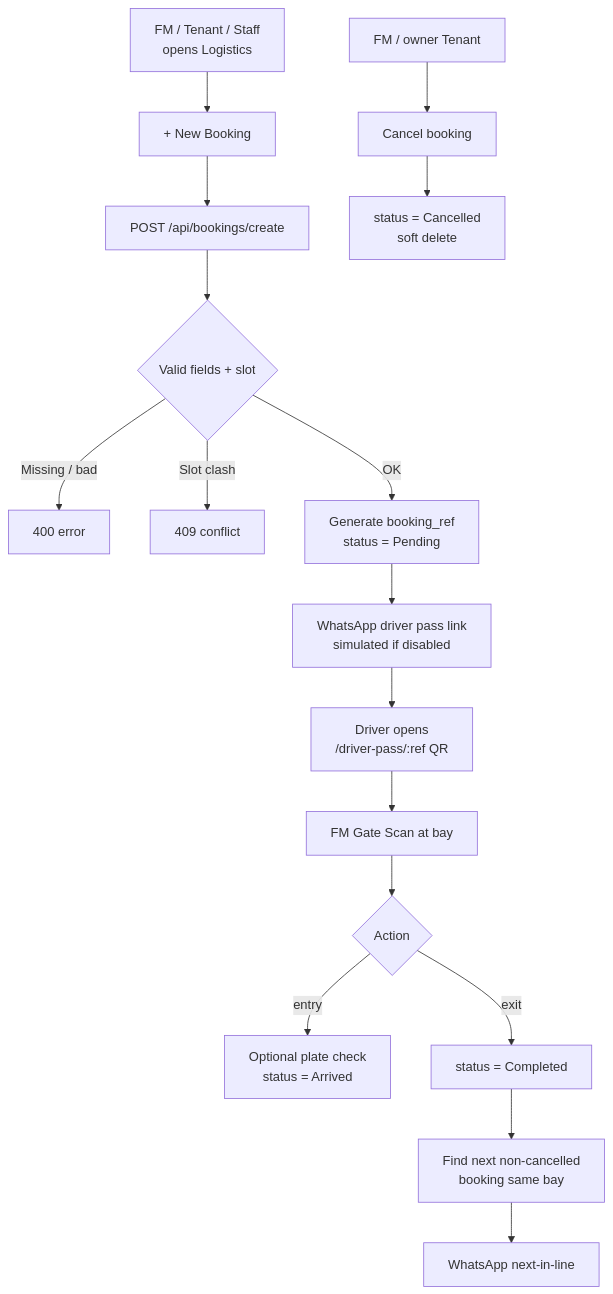
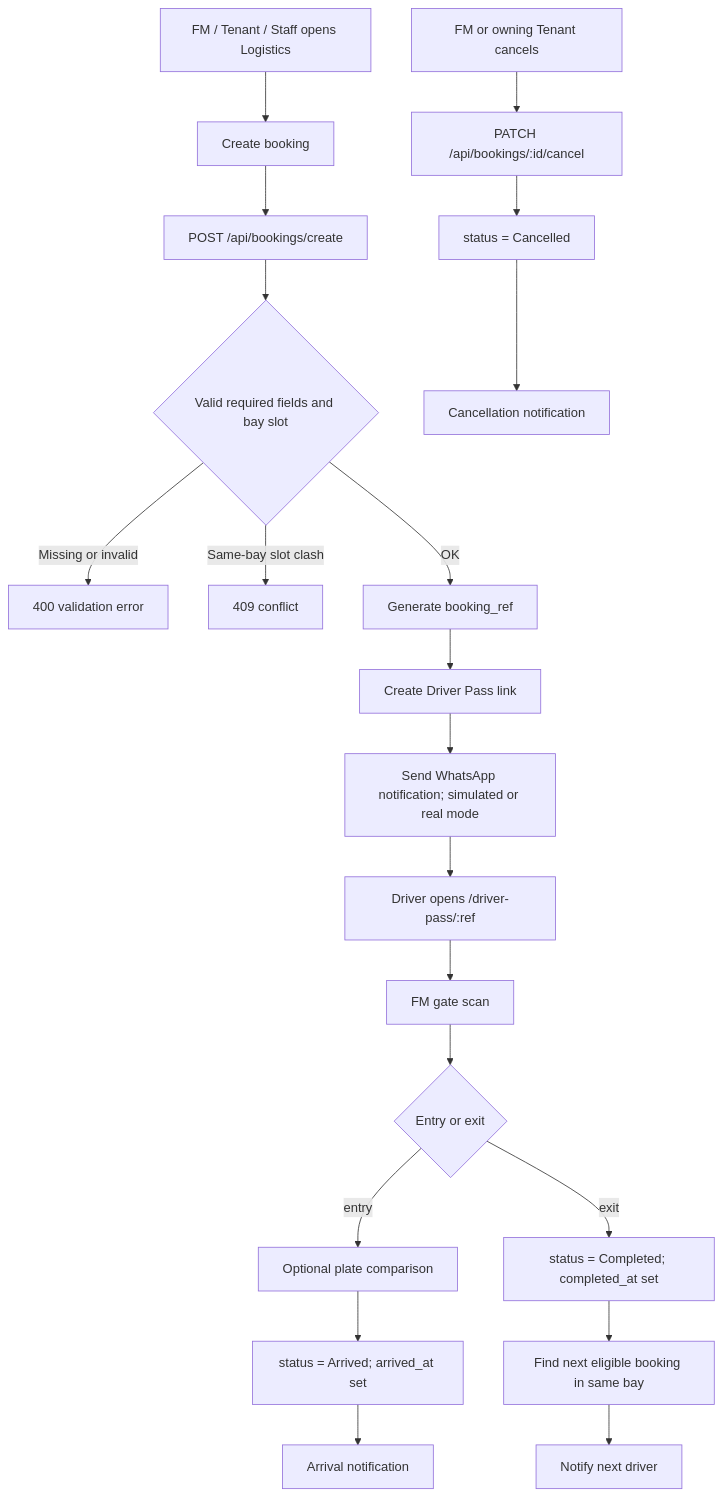
The first of 2 diagrams in design/md/logistics-flow.md (keatkean/FlowGuard), drawn with Mermaid before and after one commit. The commit also changed other lines of this file and 43 other files, not shown here.

Commit message:
docs: align public site and project evidence with FlowGuard PoC

````diff
--- a/design/md/logistics-flow.md
+++ b/design/md/logistics-flow.md
@@ -5,21 +5,23 @@
 ```mermaid
 flowchart TB
-  A[FM / Tenant / Staff<br/>opens Logistics] --> B[+ New Booking]
+  A[FM / Tenant / Staff opens Logistics] --> B[Create booking]
   B --> C[POST /api/bookings/create]
-  C --> D{Valid fields + slot}
-  D -->|Missing / bad| E[400 error]
-  D -->|Slot clash| F[409 conflict]
-  D -->|OK| G[Generate booking_ref<br/>status = Pending]
-  G --> H[WhatsApp driver pass link<br/>simulated if disabled]
-  H --> I[Driver opens<br/>/driver-pass/:ref QR]
-
-  I --> J[FM Gate Scan at bay]
-  J --> K{Action}
-  K -->|entry| L[Optional plate check<br/>status = Arrived]
-  K -->|exit| M[status = Completed]
-  M --> N[Find next non-cancelled<br/>booking same bay]
-  N --> O[WhatsApp next-in-line]
-
-  P[FM / owner Tenant] --> Q[Cancel booking]
-  Q --> R[status = Cancelled<br/>soft delete]
+  C --> D{Valid required fields and bay slot}
+  D -->|Missing or invalid| E[400 validation error]
+  D -->|Same-bay slot clash| F[409 conflict]
+  D -->|OK| G[Generate booking_ref]
+  G --> H[Create Driver Pass link]
+  H --> I[Send WhatsApp notification; simulated or real mode]
+  I --> J[Driver opens /driver-pass/:ref]
+  J --> K[FM gate scan]
+  K --> L{Entry or exit}
+  L -->|entry| M[Optional plate comparison]
+  M --> N[status = Arrived; arrived_at set]
+  N --> O[Arrival notification]
+  L -->|exit| P[status = Completed; completed_at set]
+  P --> Q[Find next eligible booking in same bay]
+  Q --> R[Notify next driver]
+  S[FM or owning Tenant cancels] --> T[PATCH /api/bookings/:id/cancel]
+  T --> U[status = Cancelled]
+  U --> V[Cancellation notification]
 ```
````
